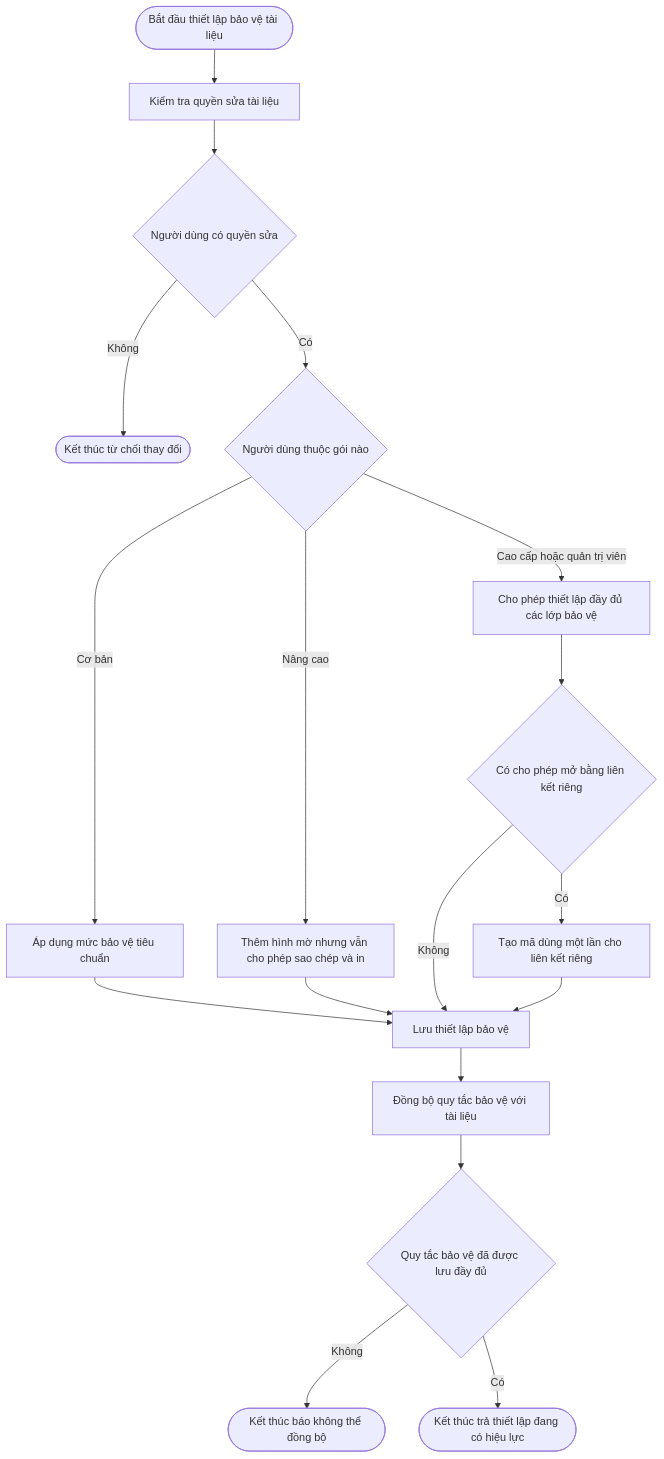
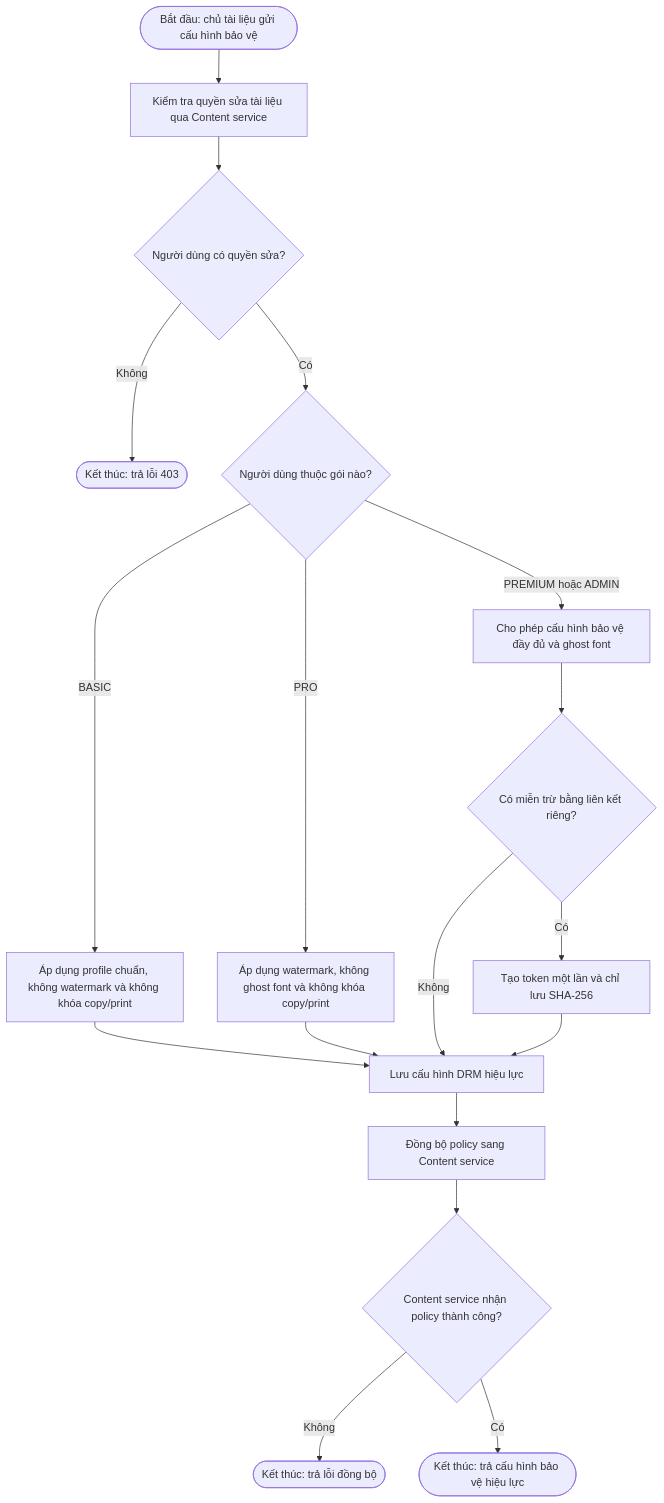
One commit to MinTruqday/dl changed the fifth of 10 diagrams in drm_full_workflow_guide.md. Above: the diagram before and after it, drawn with Mermaid. The commit also changed other lines of this file and 78 other files, not shown here.

````diff
--- a/drm_full_workflow_guide.md
+++ b/drm_full_workflow_guide.md
@@ -204,20 +138,20 @@
 ```mermaid
 flowchart TD
-    Start([Bắt đầu thiết lập bảo vệ tài liệu]) --> CheckEditRight[Kiểm tra quyền sửa tài liệu]
-    CheckEditRight --> CanEdit{Người dùng có quyền sửa}
-    CanEdit -->|Không| Deny([Kết thúc từ chối thay đổi])
-    CanEdit -->|Có| WhichTier{Người dùng thuộc gói nào}
-    WhichTier -->|Cơ bản| ApplyBasic[Áp dụng mức bảo vệ tiêu chuẩn]
-    WhichTier -->|Nâng cao| ApplyPro[Thêm hình mờ nhưng vẫn cho phép sao chép và in]
-    WhichTier -->|Cao cấp hoặc quản trị viên| ApplyPremium[Cho phép thiết lập đầy đủ các lớp bảo vệ]
-    ApplyBasic --> SaveSettings[Lưu thiết lập bảo vệ]
+    Start([Bắt đầu: chủ tài liệu gửi cấu hình bảo vệ]) --> CheckEditRight[Kiểm tra quyền sửa tài liệu qua Content service]
+    CheckEditRight --> CanEdit{Người dùng có quyền sửa?}
+    CanEdit -->|Không| Deny([Kết thúc: trả lỗi 403])
+    CanEdit -->|Có| WhichTier{Người dùng thuộc gói nào?}
+    WhichTier -->|BASIC| ApplyBasic[Áp dụng profile chuẩn, không watermark và không khóa copy/print]
+    WhichTier -->|PRO| ApplyPro[Áp dụng watermark, không ghost font và không khóa copy/print]
+    WhichTier -->|PREMIUM hoặc ADMIN| ApplyPremium[Cho phép cấu hình bảo vệ đầy đủ và ghost font]
+    ApplyBasic --> SaveSettings[Lưu cấu hình DRM hiệu lực]
     ApplyPro --> SaveSettings
-    ApplyPremium --> PrivateLink{Có cho phép mở bằng liên kết riêng}
-    PrivateLink -->|Có| CreatePrivateToken[Tạo mã dùng một lần cho liên kết riêng]
+    ApplyPremium --> PrivateLink{Có miễn trừ bằng liên kết riêng?}
+    PrivateLink -->|Có| CreatePrivateToken[Tạo token một lần và chỉ lưu SHA-256]
     PrivateLink -->|Không| SaveSettings
     CreatePrivateToken --> SaveSettings
-    SaveSettings --> SyncPolicy[Đồng bộ quy tắc bảo vệ với tài liệu]
-    SyncPolicy --> Synced{Quy tắc bảo vệ đã được lưu đầy đủ}
-    Synced -->|Không| SyncError([Kết thúc báo không thể đồng bộ])
-    Synced -->|Có| End([Kết thúc trả thiết lập đang có hiệu lực])
+    SaveSettings --> SyncPolicy[Đồng bộ policy sang Content service]
+    SyncPolicy --> Synced{Content service nhận policy thành công?}
+    Synced -->|Không| SyncError([Kết thúc: trả lỗi đồng bộ])
+    Synced -->|Có| End([Kết thúc: trả cấu hình bảo vệ hiệu lực])
 ```
````
